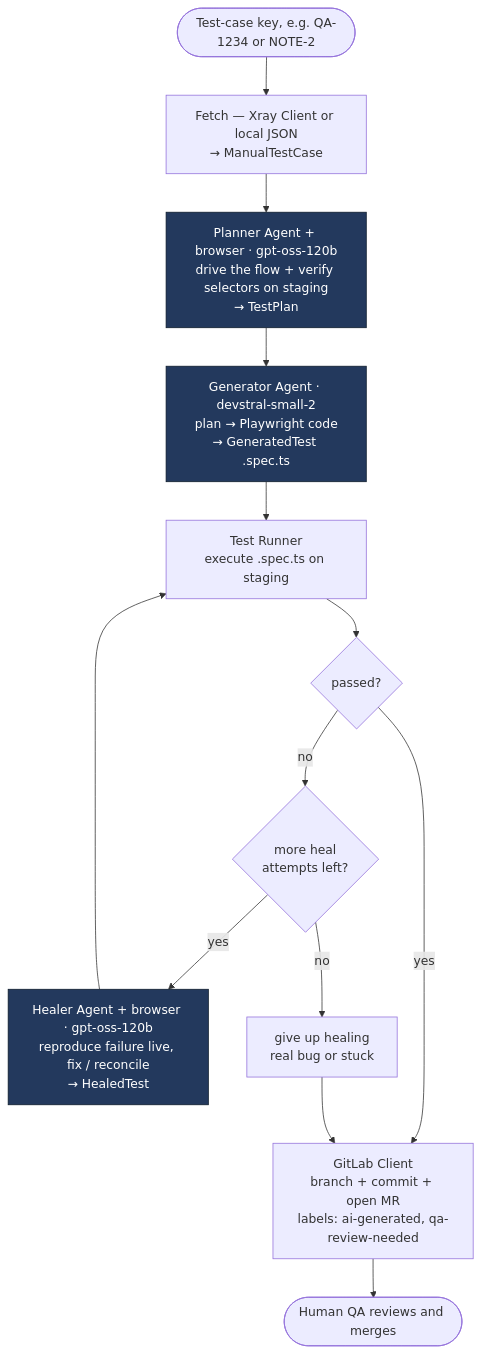
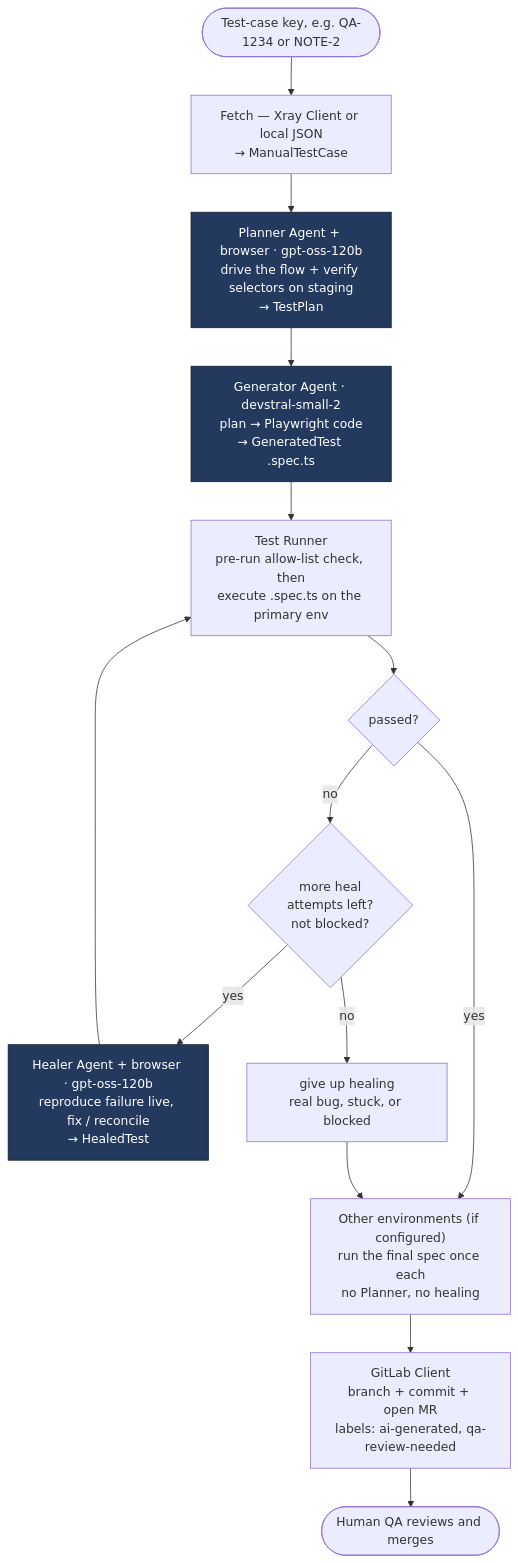
One commit to jpucic00/agentic-test-automation changed the first of 4 diagrams in docs/WORKFLOW.md. Above: the diagram before and after it, drawn with Mermaid. The commit also changed other lines of this file and 25 other files, not shown here.

First line of the commit message:
Keep agents on allowed hosts and run one spec across staging environments

````diff
--- a/docs/WORKFLOW.md
+++ b/docs/WORKFLOW.md
@@ -10,21 +10,22 @@
 ```mermaid
 flowchart TD
     START([Test-case key, e.g. QA-1234 or NOTE-2]) --> FETCH
 
     FETCH["Fetch — Xray Client or local JSON<br/>→ ManualTestCase"] --> PLAN
     PLAN["Planner Agent + browser · gpt-oss-120b<br/>drive the flow + verify selectors on staging<br/>→ TestPlan"] --> GEN
     GEN["Generator Agent · devstral-small-2<br/>plan → Playwright code<br/>→ GeneratedTest .spec.ts"] --> RUN
 
-    RUN["Test Runner<br/>execute .spec.ts on staging"] --> Q1{passed?}
-    Q1 -- yes --> MR
-    Q1 -- no --> Q2{more heal<br/>attempts left?}
+    RUN["Test Runner<br/>pre-run allow-list check, then<br/>execute .spec.ts on the primary env"] --> Q1{passed?}
+    Q1 -- yes --> ENVS
+    Q1 -- no --> Q2{more heal<br/>attempts left?<br/>not blocked?}
     Q2 -- yes --> HEAL["Healer Agent + browser · gpt-oss-120b<br/>reproduce failure live, fix / reconcile<br/>→ HealedTest"]
     HEAL --> RUN
-    Q2 -- no --> FLAG["give up healing<br/>real bug or stuck"]
-    FLAG --> MR
+    Q2 -- no --> FLAG["give up healing<br/>real bug, stuck, or blocked"]
+    FLAG --> ENVS
+    ENVS["Other environments (if configured)<br/>run the final spec once each<br/>no Planner, no healing"] --> MR
 
     MR["GitLab Client<br/>branch + commit + open MR<br/>labels: ai-generated, qa-review-needed"] --> REVIEW([Human QA reviews and merges])
 
     classDef agent fill:#23395d,color:#fff,stroke:#0d1b2a;
     class PLAN,GEN,HEAL agent;
 ```
````
